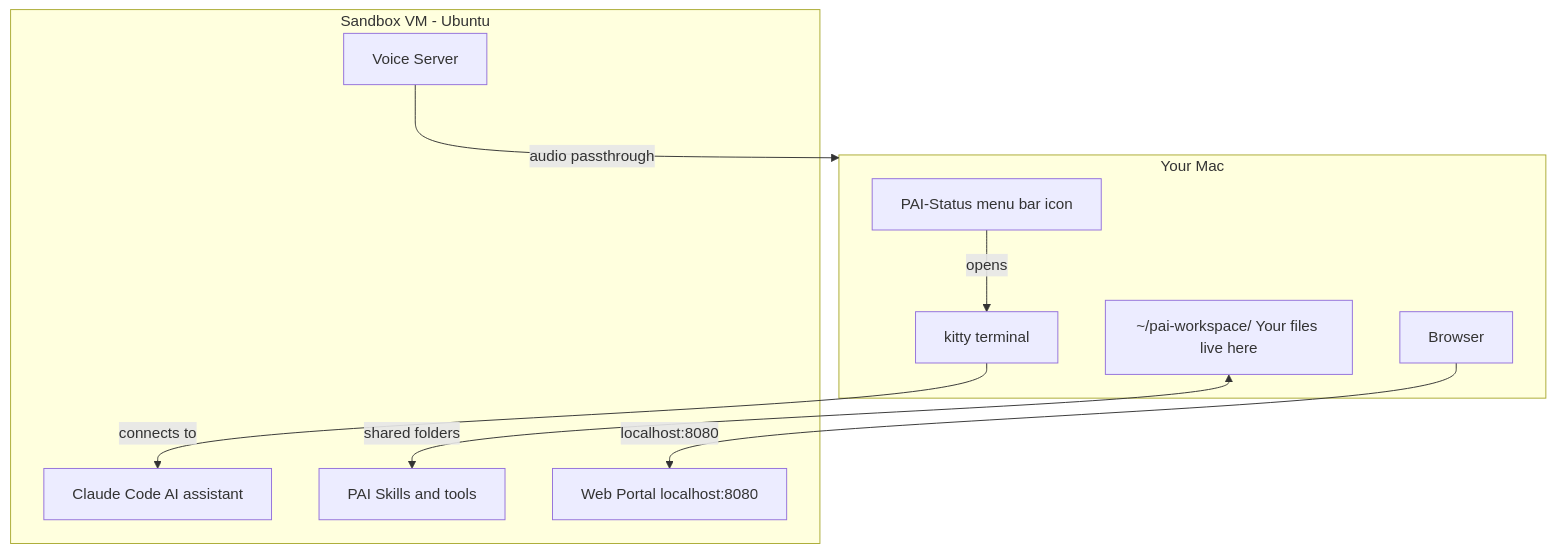
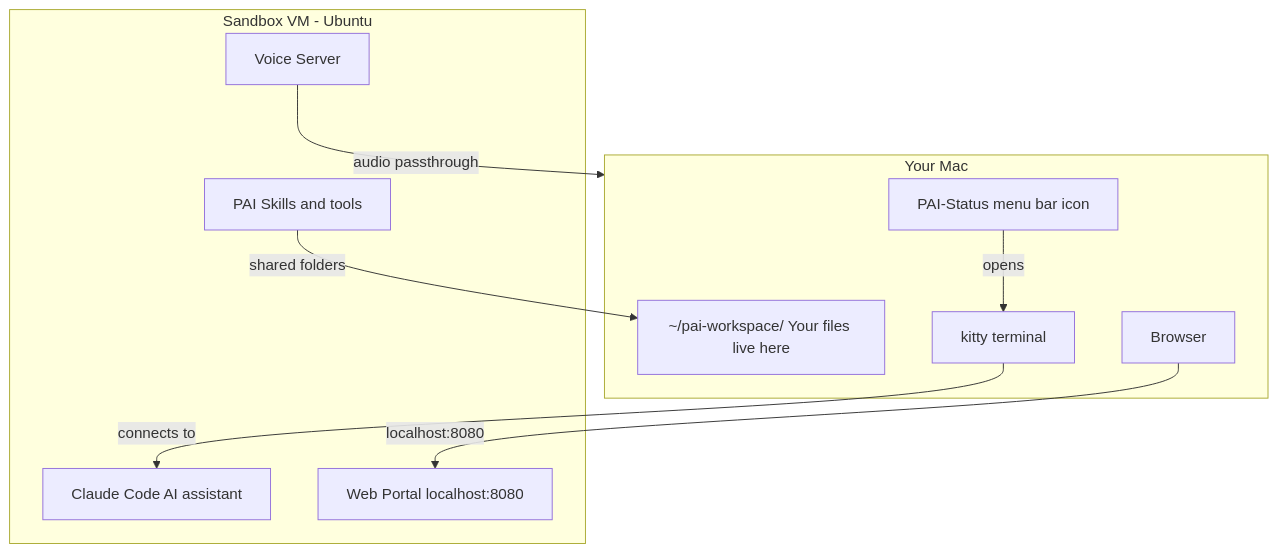
One commit to jaredstanko/pai-lima changed the diagram in README.md. Above: the diagram before and after it, drawn with Mermaid.

Commit message:
Replace bidirectional arrow with standard syntax
GitHub Mermaid may not support the newer <--> syntax.

````diff
--- a/README.md
+++ b/README.md
@@ -7,22 +7,22 @@
 ```mermaid
 graph TB
     subgraph mac [Your Mac]
         menubar[PAI-Status menu bar icon]
         terminal[kitty terminal]
         workspace[~/pai-workspace/ Your files live here]
         browser[Browser]
     end
 
     subgraph vm [Sandbox VM - Ubuntu]
         claude[Claude Code AI assistant]
         pai[PAI Skills and tools]
         portal[Web Portal localhost:8080]
         voice[Voice Server]
     end
 
     menubar -->|opens| terminal
     terminal -->|connects to| claude
-    workspace <-->|shared folders| pai
+    pai -->|shared folders| workspace
     browser -->|localhost:8080| portal
     voice -->|audio passthrough| mac
 ```
````
